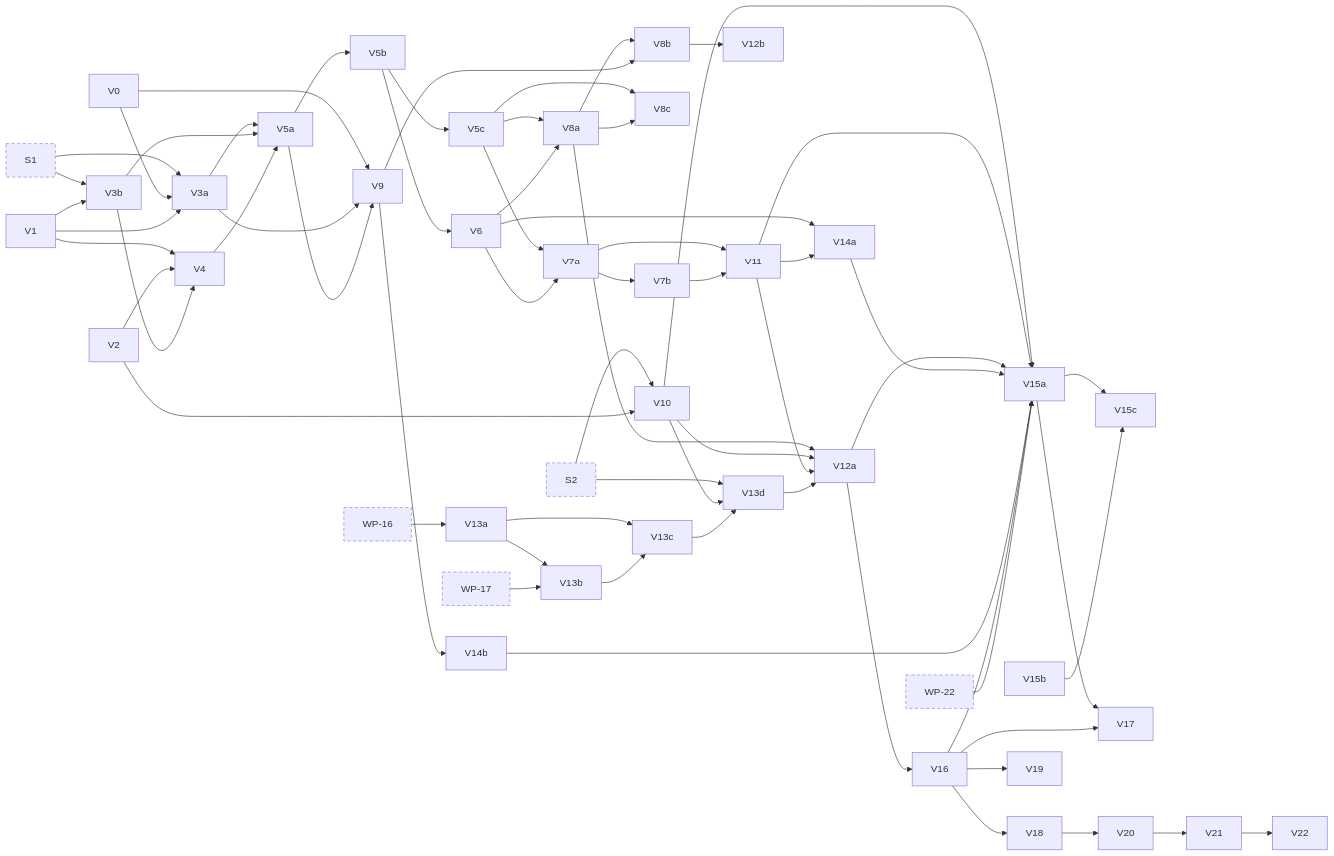
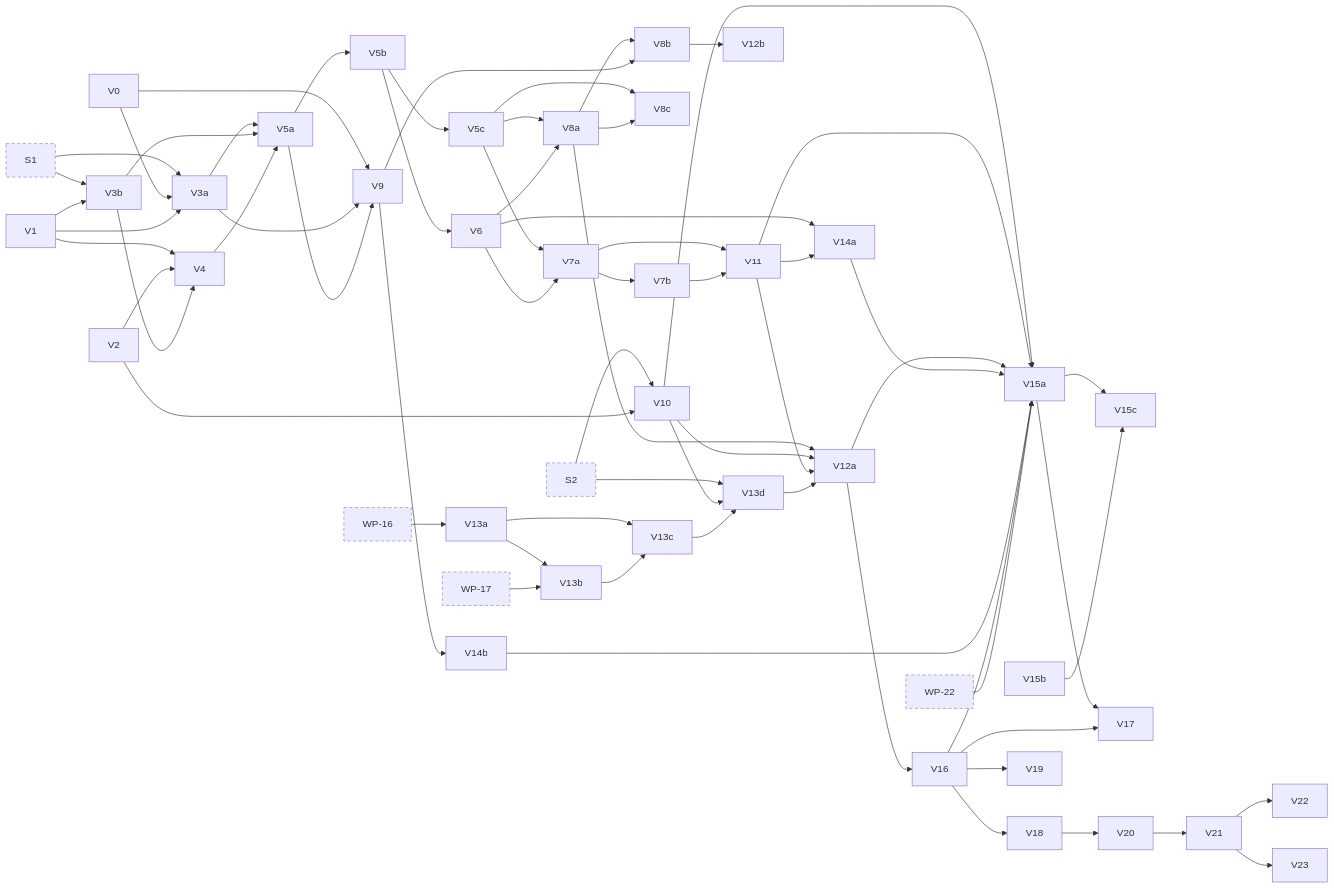
One commit to jhoblitt/rgw-go changed the fourth of 11 diagrams in docs/superpowers/plans/2026-10-13-phase-2/dependencies.md. Above: the diagram before and after it, drawn with Mermaid. The commit also changed 2 other files, not shown here.

Commit message:
docs(plan): add V23, two refused deletes keep the newest version current
V21's adversarial review (R2-P1) found that two refused deletes of one key
at once can leave the older version current: the older version's relist
finds nothing newer listed while the other refusal holds the newer one
out of the listing, and links it current at a fresh epoch. The defect
predates V21, so it becomes a numbered task before V21 merges (PP-12).

```diff
--- a/docs/superpowers/plans/2026-10-13-phase-2/dependencies.md
+++ b/docs/superpowers/plans/2026-10-13-phase-2/dependencies.md
@@ -259,6 +259,7 @@
   t_V20["V20"]
   t_V21["V21"]
   t_V22["V22"]
+  t_V23["V23"]
   t_S1["S1"]:::ext
   t_S2["S2"]:::ext
   t_WP_16["WP-16"]:::ext
@@ -327,6 +328,7 @@
   t_V18 --> t_V20
   t_V20 --> t_V21
   t_V21 --> t_V22
+  t_V21 --> t_V23
   click t_V0 href "https://github.com/jhoblitt/rgw-go/blob/main/docs/superpowers/plans/2026-10-13-phase-2/V-versioning.md#task-v0-a-failed-class-call-keeps-its-output" "V0: a failed class call keeps its output"
   click t_V1 href "https://github.com/jhoblitt/rgw-go/blob/main/docs/superpowers/plans/2026-10-13-phase-2/V-versioning.md#task-v1-clsrgw-olh-methods-bi_get-and-the-index-key-encoders" "V1: cls/rgw OLH methods, `bi_get` and the index key encoders"
   click t_V2 href "https://github.com/jhoblitt/rgw-go/blob/main/docs/superpowers/plans/2026-10-13-phase-2/V-versioning.md#task-v2-meta-olh-head-types-and-bucket-helpers" "V2: meta OLH head types and bucket helpers"
@@ -363,6 +365,7 @@
   click t_V20 href "https://github.com/jhoblitt/rgw-go/blob/main/docs/superpowers/plans/2026-10-13-phase-2/V-versioning.md#task-v20-a-key-left-with-an-olh-entry-pending-removal-stays-listable" "V20: a key left with an OLH entry pending removal stays listable"
   click t_V21 href "https://github.com/jhoblitt/rgw-go/blob/main/docs/superpowers/plans/2026-10-13-phase-2/V-versioning.md#task-v21-a-replay-keeps-a-version-a-later-link-of-the-same-log-names" "V21: a replay keeps a version a later link of the same log names"
   click t_V22 href "https://github.com/jhoblitt/rgw-go/blob/main/docs/superpowers/plans/2026-10-13-phase-2/V-versioning.md#task-v22-a-replays-removal-keeps-a-version-a-link-lands-on-after-the-replay-read-the-log" "V22: a replay's removal keeps a version a link lands on after the replay read the log"
+  click t_V23 href "https://github.com/jhoblitt/rgw-go/blob/main/docs/superpowers/plans/2026-10-13-phase-2/V-versioning.md#task-v23-two-refused-deletes-keep-the-newest-version-current" "V23: two refused deletes keep the newest version current"
   click t_S1 href "https://github.com/jhoblitt/rgw-go/blob/main/docs/superpowers/plans/2026-10-13-phase-2/00-index.md#task-s1-fakeradoss-rgw-class-as-method-tables" "S1: fakerados's rgw class as method tables"
   click t_S2 href "https://github.com/jhoblitt/rgw-go/blob/main/docs/superpowers/plans/2026-10-13-phase-2/00-index.md#task-s2-route-sets-per-feature-and-the-env-slots" "S2: route sets per feature and the Env slots"
   click t_WP_16 href "https://github.com/jhoblitt/rgw-go/blob/main/docs/superpowers/plans/2026-10-13-phase-2/WP-write-path.md#task-wp-16-the-otp-class-client" "WP-16: the otp class client"
```
